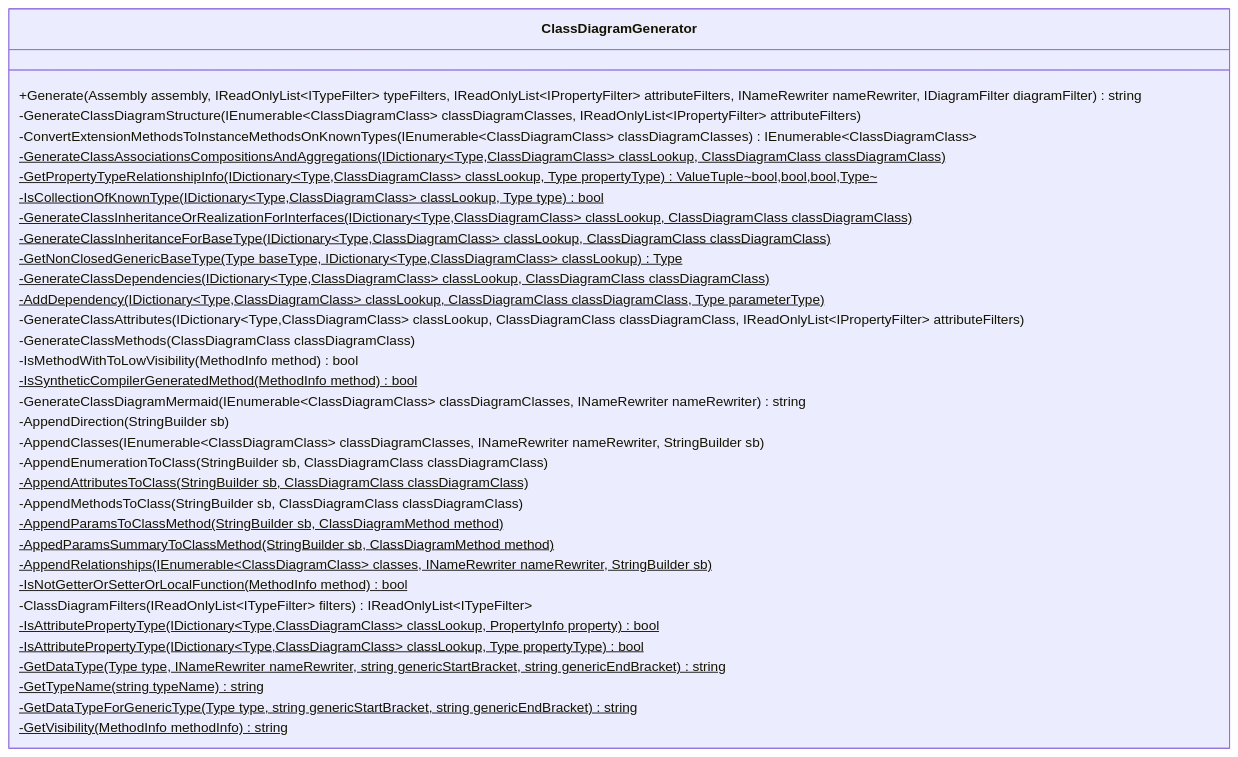
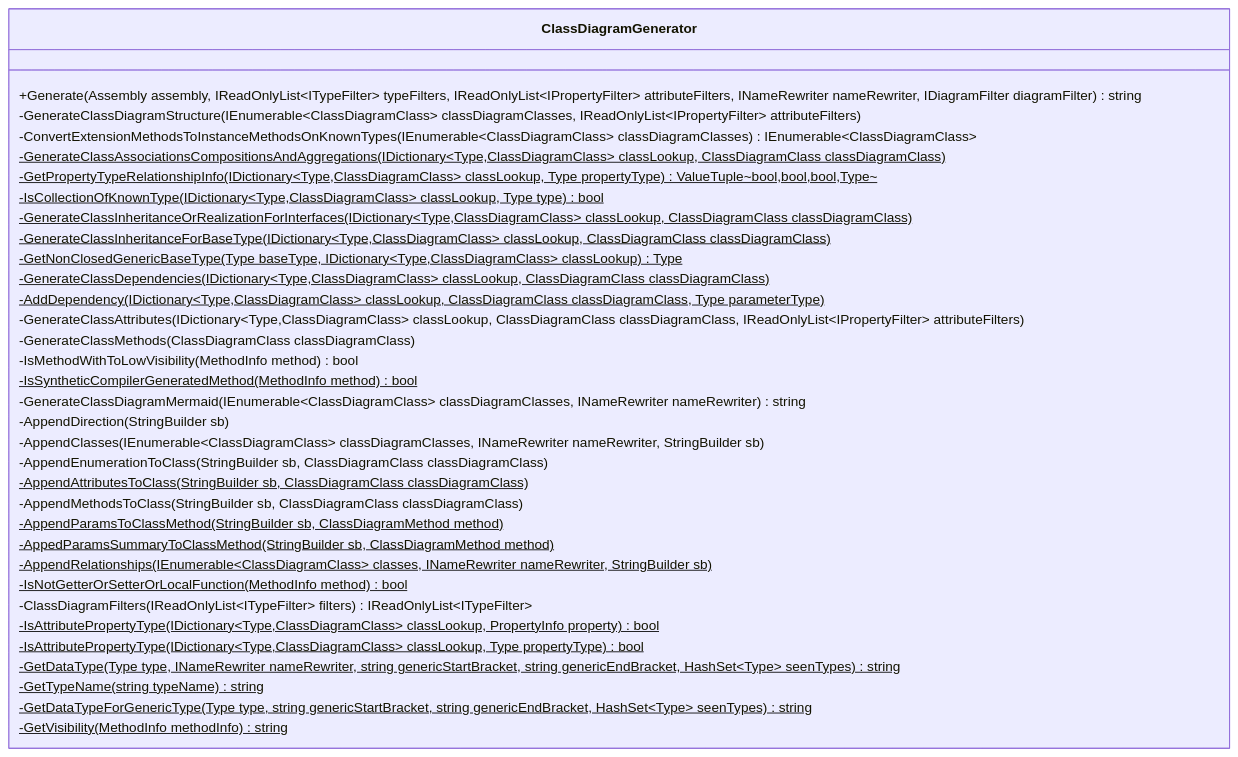
Before and after one commit to ebjornset/DryGen: the first of 5 diagrams in docs/examples/mermaid-class-diagram-details.md, drawn with Mermaid. The commit also changed other lines of this file and 6 other files, not shown here.

First line of the commit message:
Fixed stack overflow exception when a generic type had a where constraint referencing the declaring type it self (#86)

````diff
--- a/docs/examples/mermaid-class-diagram-details.md
+++ b/docs/examples/mermaid-class-diagram-details.md
@@ -28,38 +28,38 @@
 ```mermaid
 classDiagram
 	class ClassDiagramGenerator {
 		+Generate(Assembly assembly, IReadOnlyList~ITypeFilter~ typeFilters, IReadOnlyList~IPropertyFilter~ attributeFilters, INameRewriter nameRewriter, IDiagramFilter diagramFilter) string
 		-GenerateClassDiagramStructure(IEnumerable~ClassDiagramClass~ classDiagramClasses, IReadOnlyList~IPropertyFilter~ attributeFilters)
 		-ConvertExtensionMethodsToInstanceMethodsOnKnownTypes(IEnumerable~ClassDiagramClass~ classDiagramClasses) IEnumerable~ClassDiagramClass~
 		-GenerateClassAssociationsCompositionsAndAggregations(IDictionary~Type,ClassDiagramClass~ classLookup, ClassDiagramClass classDiagramClass)$
 		-GetPropertyTypeRelationshipInfo(IDictionary~Type,ClassDiagramClass~ classLookup, Type propertyType)$ ValueTuple~bool,bool,bool,Type~
 		-IsCollectionOfKnownType(IDictionary~Type,ClassDiagramClass~ classLookup, Type type)$ bool
 		-GenerateClassInheritanceOrRealizationForInterfaces(IDictionary~Type,ClassDiagramClass~ classLookup, ClassDiagramClass classDiagramClass)$
 		-GenerateClassInheritanceForBaseType(IDictionary~Type,ClassDiagramClass~ classLookup, ClassDiagramClass classDiagramClass)$
 		-GetNonClosedGenericBaseType(Type baseType, IDictionary~Type,ClassDiagramClass~ classLookup)$ Type
 		-GenerateClassDependencies(IDictionary~Type,ClassDiagramClass~ classLookup, ClassDiagramClass classDiagramClass)$
 		-AddDependency(IDictionary~Type,ClassDiagramClass~ classLookup, ClassDiagramClass classDiagramClass, Type parameterType)$
 		-GenerateClassAttributes(IDictionary~Type,ClassDiagramClass~ classLookup, ClassDiagramClass classDiagramClass, IReadOnlyList~IPropertyFilter~ attributeFilters)
 		-GenerateClassMethods(ClassDiagramClass classDiagramClass)
 		-IsMethodWithToLowVisibility(MethodInfo method) bool
 		-IsSyntheticCompilerGeneratedMethod(MethodInfo method)$ bool
 		-GenerateClassDiagramMermaid(IEnumerable~ClassDiagramClass~ classDiagramClasses, INameRewriter nameRewriter) string
 		-AppendDirection(StringBuilder sb)
 		-AppendClasses(IEnumerable~ClassDiagramClass~ classDiagramClasses, INameRewriter nameRewriter, StringBuilder sb)
 		-AppendEnumerationToClass(StringBuilder sb, ClassDiagramClass classDiagramClass)
 		-AppendAttributesToClass(StringBuilder sb, ClassDiagramClass classDiagramClass)$
 		-AppendMethodsToClass(StringBuilder sb, ClassDiagramClass classDiagramClass)
 		-AppendParamsToClassMethod(StringBuilder sb, ClassDiagramMethod method)$
 		-AppedParamsSummaryToClassMethod(StringBuilder sb, ClassDiagramMethod method)$
 		-AppendRelationships(IEnumerable~ClassDiagramClass~ classes, INameRewriter nameRewriter, StringBuilder sb)$
 		-IsNotGetterOrSetterOrLocalFunction(MethodInfo method)$ bool
 		-ClassDiagramFilters(IReadOnlyList~ITypeFilter~ filters) IReadOnlyList~ITypeFilter~
 		-IsAttributePropertyType(IDictionary~Type,ClassDiagramClass~ classLookup, PropertyInfo property)$ bool
 		-IsAttributePropertyType(IDictionary~Type,ClassDiagramClass~ classLookup, Type propertyType)$ bool
-		-GetDataType(Type type, INameRewriter nameRewriter, string genericStartBracket, string genericEndBracket)$ string
+		-GetDataType(Type type, INameRewriter nameRewriter, string genericStartBracket, string genericEndBracket, HashSet~Type~ seenTypes)$ string
 		-GetTypeName(string typeName)$ string
-		-GetDataTypeForGenericType(Type type, string genericStartBracket, string genericEndBracket)$ string
+		-GetDataTypeForGenericType(Type type, string genericStartBracket, string genericEndBracket, HashSet~Type~ seenTypes)$ string
 		-GetVisibility(MethodInfo methodInfo)$ string
 	}
 
 ```
````
